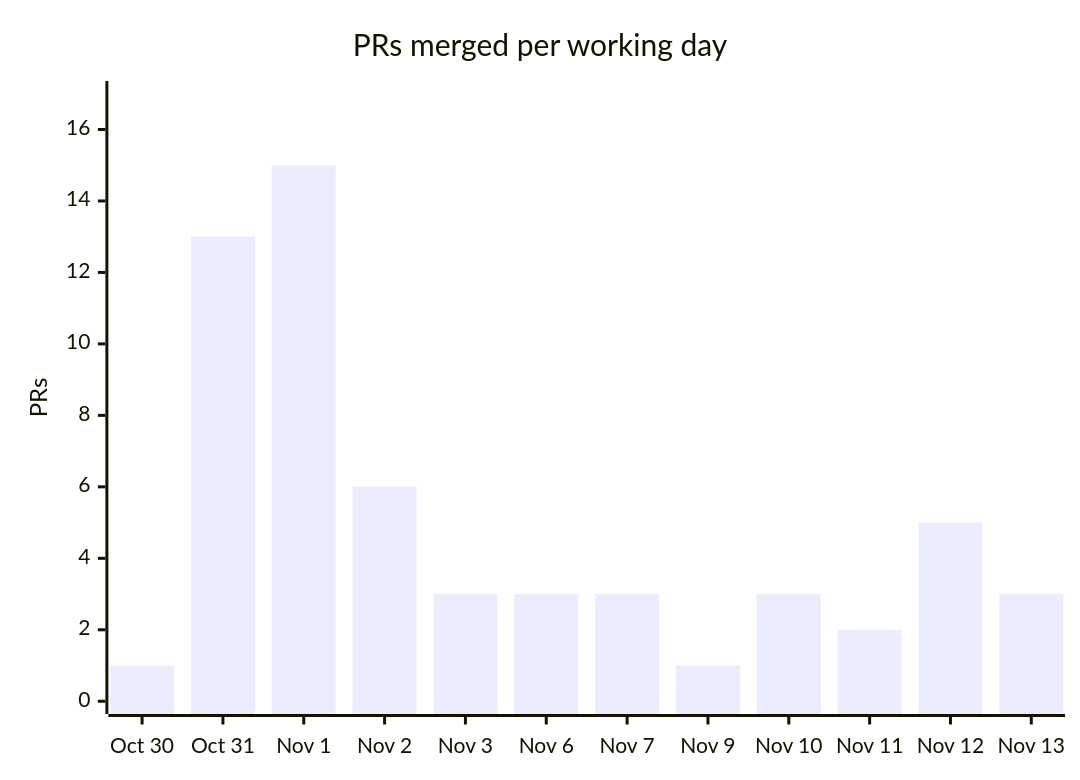
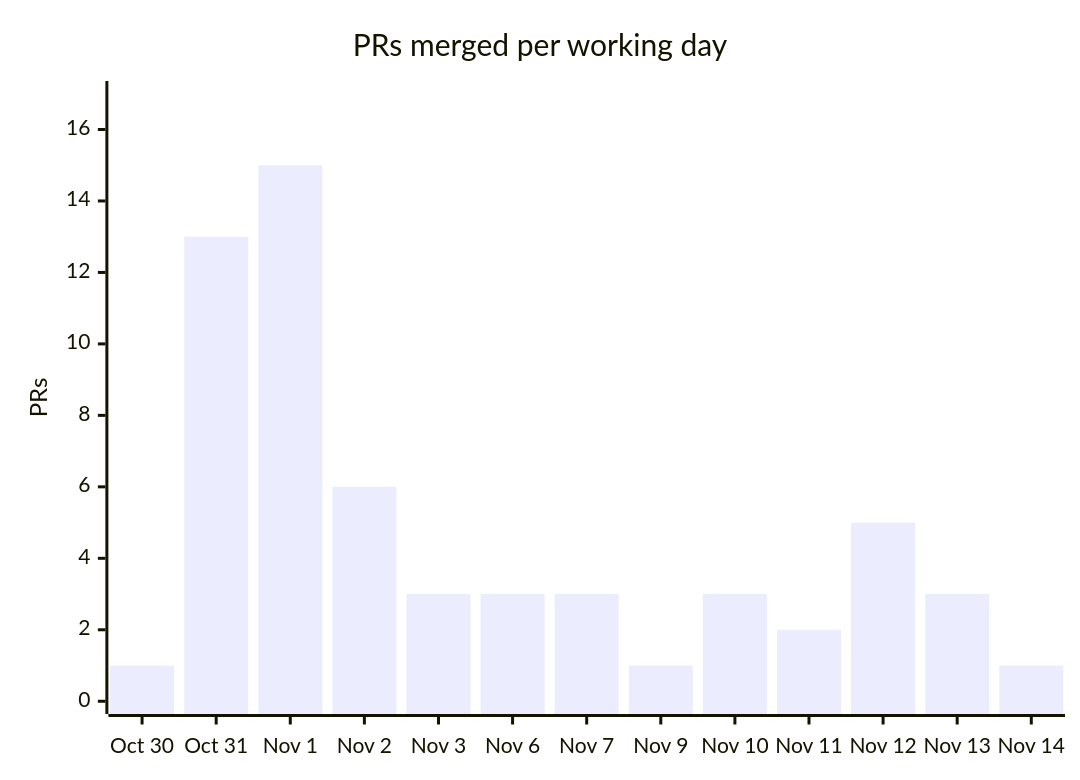
One commit to cmprssd/nfsh changed the fourth of 4 diagrams in docs/OVERVIEW.md. Above: the diagram before and after it, drawn with Mermaid. The commit also changed other lines of this file and 8 other files, not shown here.

````diff
--- a/docs/OVERVIEW.md
+++ b/docs/OVERVIEW.md
@@ -142,7 +142,7 @@
 ```mermaid
 xychart-beta
     title "PRs merged per working day"
-    x-axis ["Oct 30", "Oct 31", "Nov 1", "Nov 2", "Nov 3", "Nov 6", "Nov 7", "Nov 9", "Nov 10", "Nov 11", "Nov 12", "Nov 13"]
+    x-axis ["Oct 30", "Oct 31", "Nov 1", "Nov 2", "Nov 3", "Nov 6", "Nov 7", "Nov 9", "Nov 10", "Nov 11", "Nov 12", "Nov 13", "Nov 14"]
     y-axis "PRs" 0 --> 17
-    bar [1, 13, 15, 6, 3, 3, 3, 1, 3, 2, 5, 3]
+    bar [1, 13, 15, 6, 3, 3, 3, 1, 3, 2, 5, 3, 1]
 ```
````
